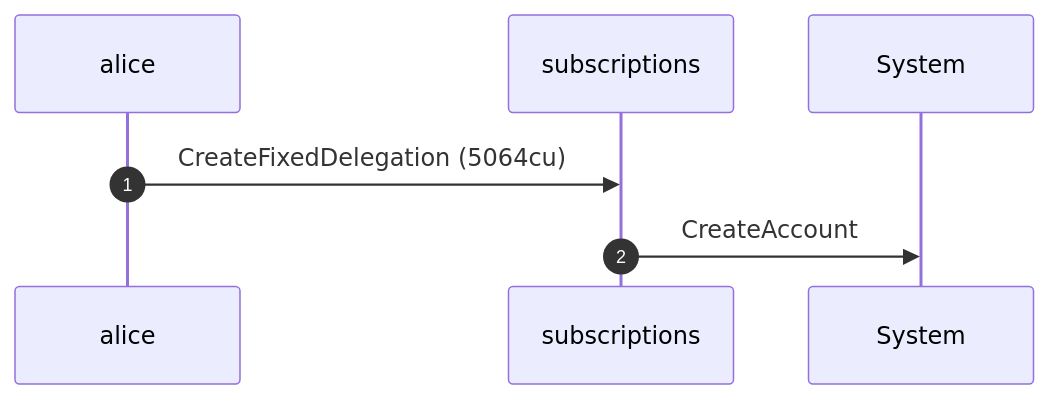
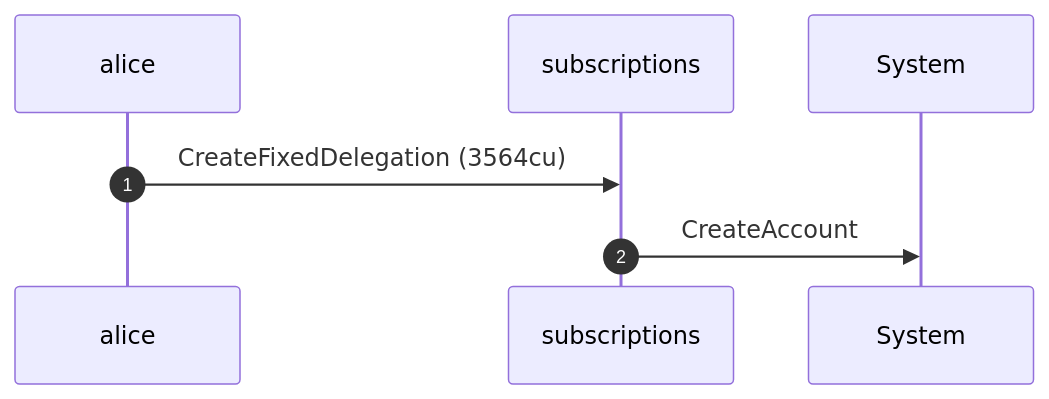
One commit to cds-rs/subscriptions changed the fifth of 8 diagrams in dsl_tests/revoke-abandoned-rejects-a-live-delegation.md. Above: the diagram before and after it, drawn with Mermaid. The commit also changed other lines of this file and 224 other files, not shown here.

````diff
--- a/dsl_tests/revoke-abandoned-rejects-a-live-delegation.md
+++ b/dsl_tests/revoke-abandoned-rejects-a-live-delegation.md
@@ -105,9 +111,9 @@
 ```mermaid
 sequenceDiagram
     autonumber
     participant alice
     participant subscriptions
     participant System
-    alice ->> subscriptions: CreateFixedDelegation (5064cu)
+    alice ->> subscriptions: CreateFixedDelegation (3564cu)
     subscriptions ->> System: CreateAccount
 ```
````
